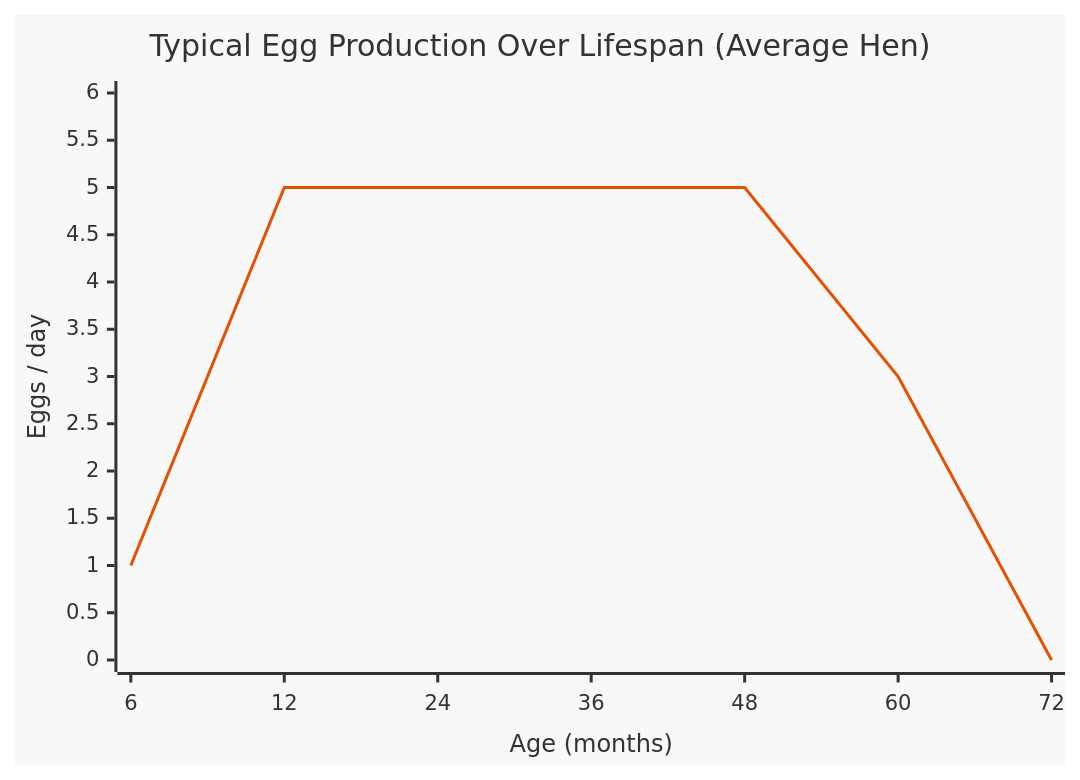
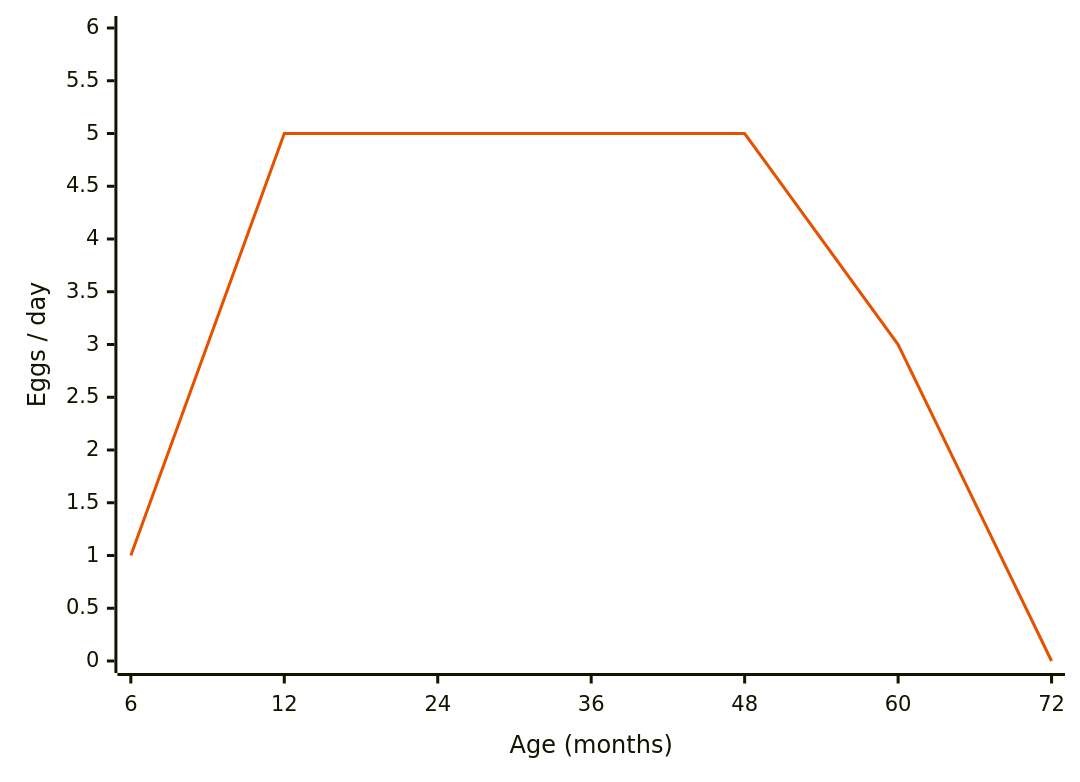
One commit to rittermod/FS25_RealisticLivestockRM changed the diagram in docs/user-guide/factsheet-chickens.md. Above: the diagram before and after it, drawn with Mermaid. The commit also changed 2 other files, not shown here.

Commit message:
docs: fighting mermaids in the dark

````diff
--- a/docs/user-guide/factsheet-chickens.md
+++ b/docs/user-guide/factsheet-chickens.md
@@ -40,8 +40,7 @@
 ```mermaid
-%%{init: {"themeVariables": {"xyChart": {"backgroundColor": "#f8f8f8", "titleColor": "#333333", "xAxisLabelColor": "#333333", "xAxisTitleColor": "#333333", "xAxisTickColor": "#333333", "xAxisLineColor": "#333333", "yAxisLabelColor": "#333333", "yAxisTitleColor": "#333333", "yAxisTickColor": "#333333", "yAxisLineColor": "#333333", "plotColorPalette": "#e65100"}}}}%%
+%%{init: {"themeVariables": {"xyChart": {"plotColorPalette": "#e65100"}}}}%%
 xychart-beta
-    title "Typical Egg Production Over Lifespan (Average Hen)"
     x-axis "Age (months)" [6, 12, 24, 36, 48, 60, 72]
     y-axis "Eggs / day" 0 --> 6
     line [1, 5, 5, 5, 5, 3, 0]
 ```
````
